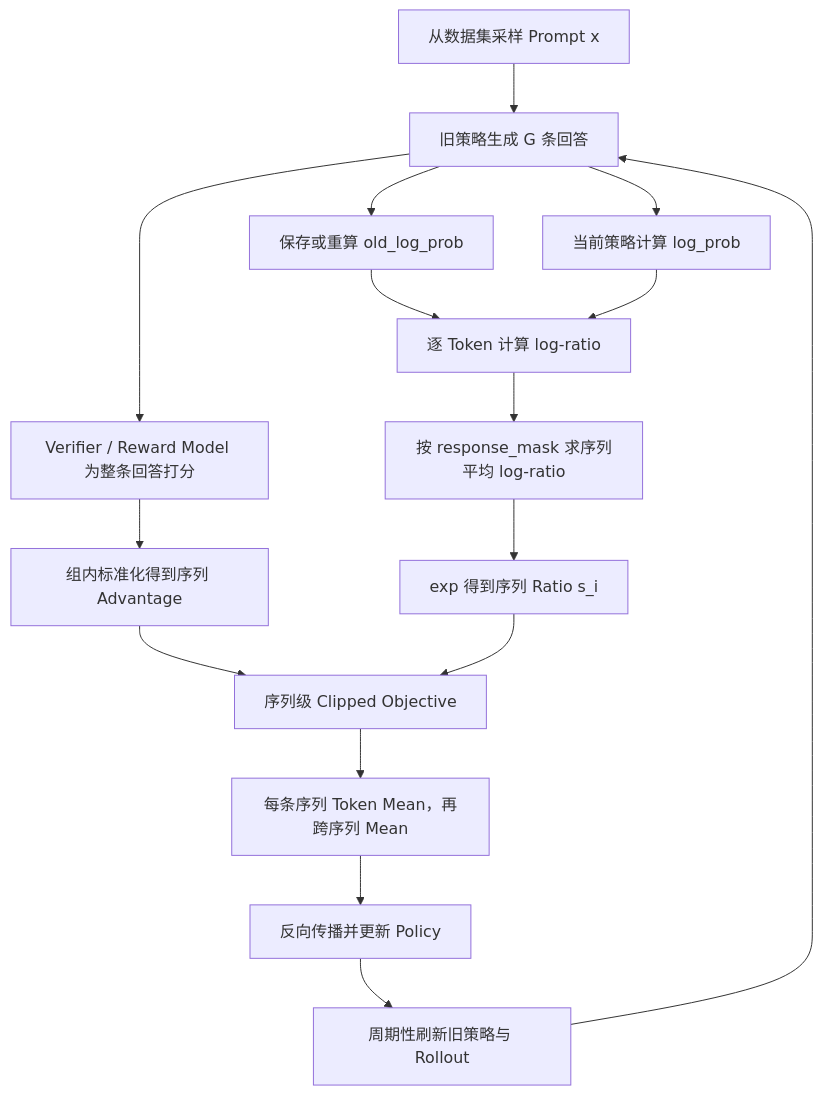
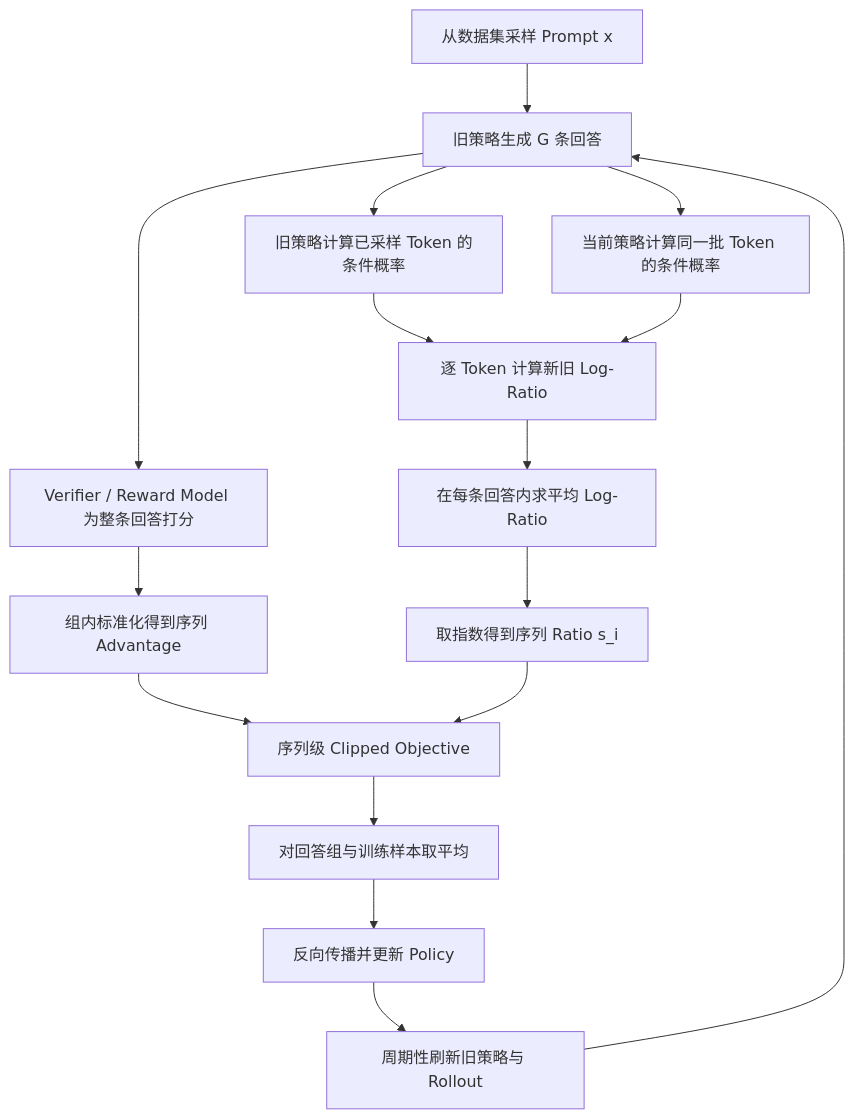
Before and after one commit to PyrePuin/From-Zero-LLM-Agent-Infra-Notes: the diagram in 02-笔记文档/LLM Post-Train/GSPO：从 Token 级重要性比率到序列级策略优化.md, drawn with Mermaid. The commit also changed other lines of this file, not shown here.

````diff
--- a/02-笔记文档/LLM Post-Train/GSPO：从 Token 级重要性比率到序列级策略优化.md
+++ b/02-笔记文档/LLM Post-Train/GSPO：从 Token 级重要性比率到序列级策略优化.md
@@ -936,18 +1194,18 @@
 ```mermaid
 flowchart TD
     DATA["从数据集采样 Prompt x"] --> ROLLOUT["旧策略生成 G 条回答"]
     ROLLOUT --> REWARD["Verifier / Reward Model 为整条回答打分"]
     REWARD --> ADV["组内标准化得到序列 Advantage"]
-    ROLLOUT --> OLD["保存或重算 old_log_prob"]
-    ROLLOUT --> NEW["当前策略计算 log_prob"]
-    OLD --> DELTA["逐 Token 计算 log-ratio"]
+    ROLLOUT --> OLD["旧策略计算已采样 Token 的条件概率"]
+    ROLLOUT --> NEW["当前策略计算同一批 Token 的条件概率"]
+    OLD --> DELTA["逐 Token 计算新旧 Log-Ratio"]
     NEW --> DELTA
-    DELTA --> MASK["按 response_mask 求序列平均 log-ratio"]
-    MASK --> RATIO["exp 得到序列 Ratio s_i"]
+    DELTA --> MEAN["在每条回答内求平均 Log-Ratio"]
+    MEAN --> RATIO["取指数得到序列 Ratio s_i"]
     ADV --> CLIP["序列级 Clipped Objective"]
     RATIO --> CLIP
-    CLIP --> REDUCE["每条序列 Token Mean，再跨序列 Mean"]
+    CLIP --> REDUCE["对回答组与训练样本取平均"]
     REDUCE --> UPDATE["反向传播并更新 Policy"]
     UPDATE --> REFRESH["周期性刷新旧策略与 Rollout"]
     REFRESH --> ROLLOUT
 ```
````
